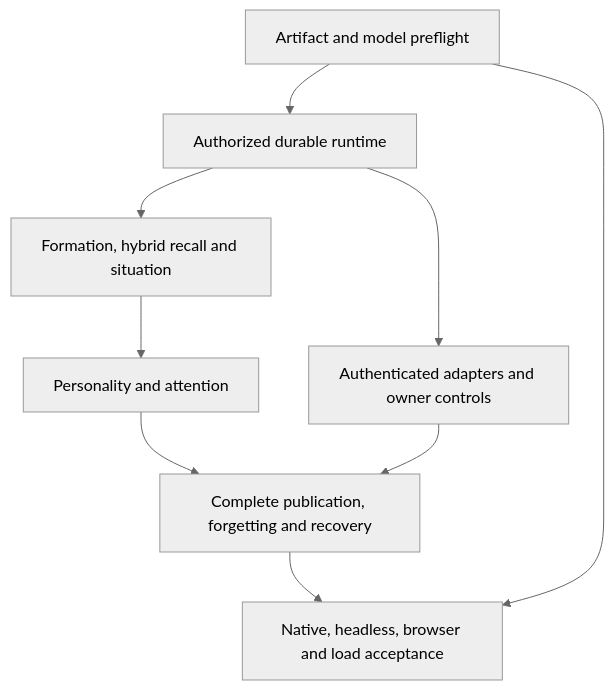
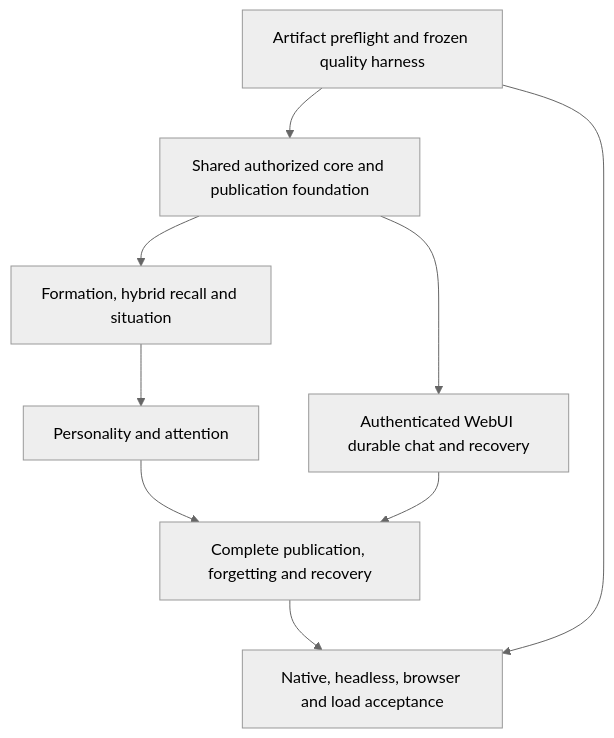
One commit to acidpointer/assistant changed the second of 2 diagrams in docs/memory-integration-plan.md. Above: the diagram before and after it, drawn with Mermaid (neutral theme). The commit also changed other lines of this file and 104 other files, not shown here.

````diff
--- a/docs/memory-integration-plan.md
+++ b/docs/memory-integration-plan.md
@@ -163,11 +328,11 @@
 ```mermaid
 flowchart TD
-    A[Artifact and model preflight] --> B[Authorized durable runtime]
+    A[Artifact preflight and frozen quality harness] --> B[Shared authorized core and publication foundation]
+    B --> E[Authenticated WebUI durable chat and recovery]
     B --> C[Formation, hybrid recall and situation]
     C --> D[Personality and attention]
-    B --> E[Authenticated adapters and owner controls]
     D --> F[Complete publication, forgetting and recovery]
     E --> F
     F --> G[Native, headless, browser and load acceptance]
     A --> G
 ```
````
